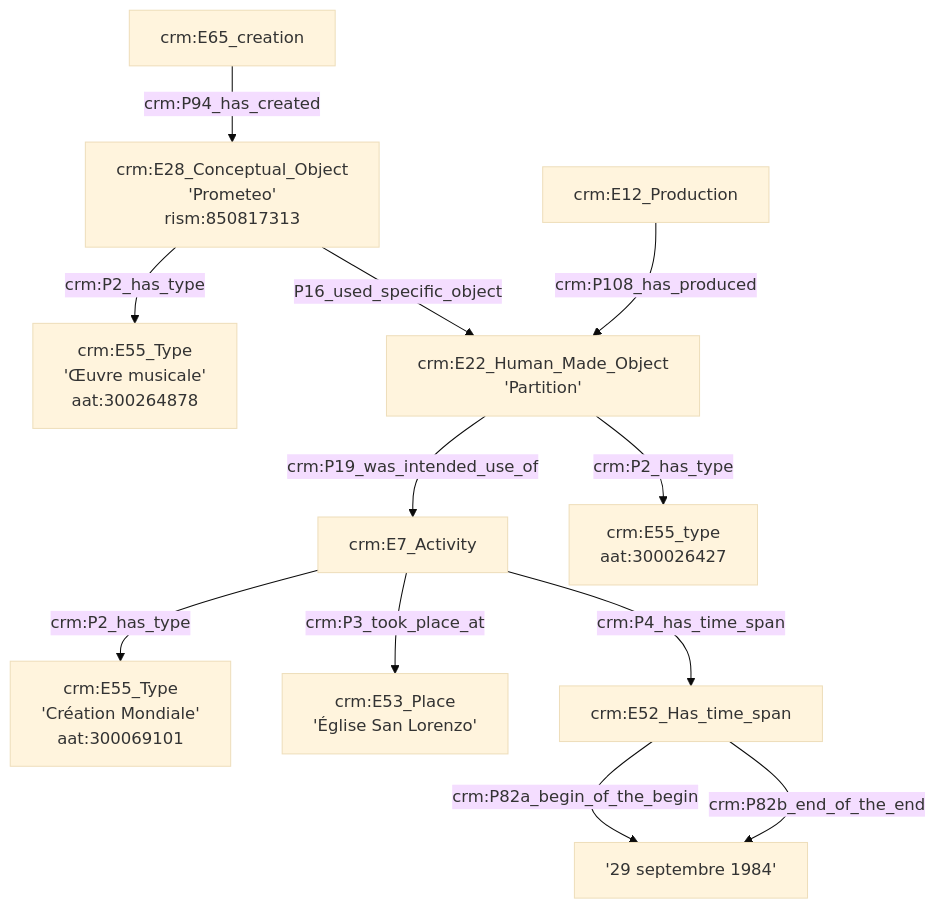
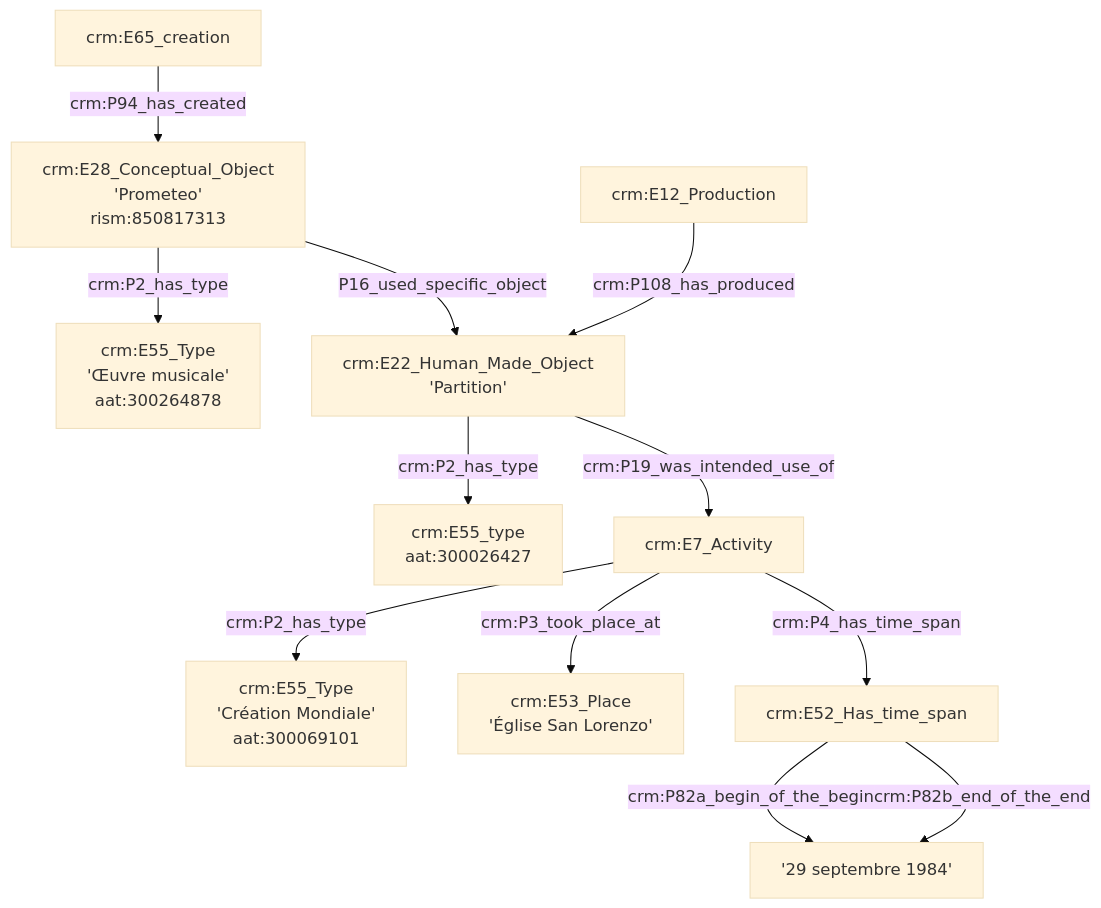
Before and after one commit to GusBraud/OntoMatchGameGus: the second of 5 diagrams in Exemple1.md, drawn with Mermaid (base theme). The commit also changed other lines of this file, not shown here.

````diff
--- a/Exemple1.md
+++ b/Exemple1.md
@@ -19,17 +19,17 @@
 ```mermaid
 graph TD;
 
 D[crm:E65_creation] --> |crm:P94_has_created| E[crm:E28_Conceptual_Object<br>'Prometeo'<br>rism:850817313]
 E[crm:E28_Conceptual_Object<br>'Prometeo'<br>rism:850817313] --> |crm:P2_has_type| F[crm:E55_Type<br>'Œuvre musicale'<br>aat:300264878]
-L[crm:E22_Human_Made_Object<br>'Partition'] --> |crm:P19_was_intended_use_of| G[crm:E7_Activity]
 L[crm:E22_Human_Made_Object<br>'Partition'] --> |crm:P2_has_type| M[crm:E55_type<br>aat:300026427]
 E[crm:E28_Conceptual_Object<br>'Prometeo'<br>rism:850817313] --> |P16_used_specific_object| L[crm:E22_Human_Made_Object<br>'Partition']
 N[crm:E12_Production] --> |crm:P108_has_produced| L[crm:E22_Human_Made_Object<br>'Partition']
+L[crm:E22_Human_Made_Object<br>'Partition'] --> |crm:P19_was_intended_use_of| G[crm:E7_Activity]
 
 G[crm:E7_Activity] --> |crm:P2_has_type| H[crm:E55_Type<br>'Création Mondiale'<br>aat:300069101]
 G[crm:E7_Activity] --> |crm:P3_took_place_at| I[crm:E53_Place<br>'Église San Lorenzo']
 G[crm:E7_Activity] --> |crm:P4_has_time_span| J[crm:E52_Time_span]
 J[crm:E52_Has_time_span] --> |crm:P82a_begin_of_the_begin| K['29 septembre 1984']
 J[crm:E52_Has_time_span] --> |crm:P82b_end_of_the_end| K['29 septembre 1984']
 
 ```
````
